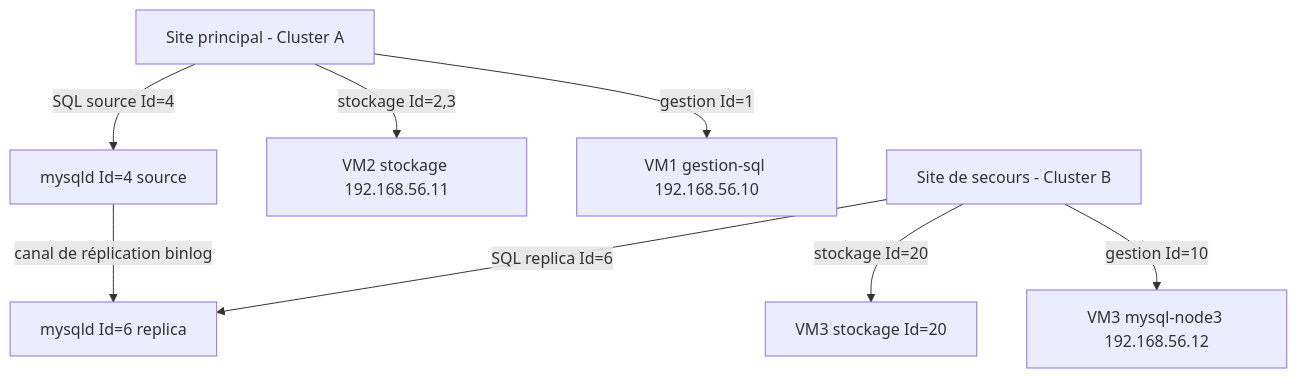
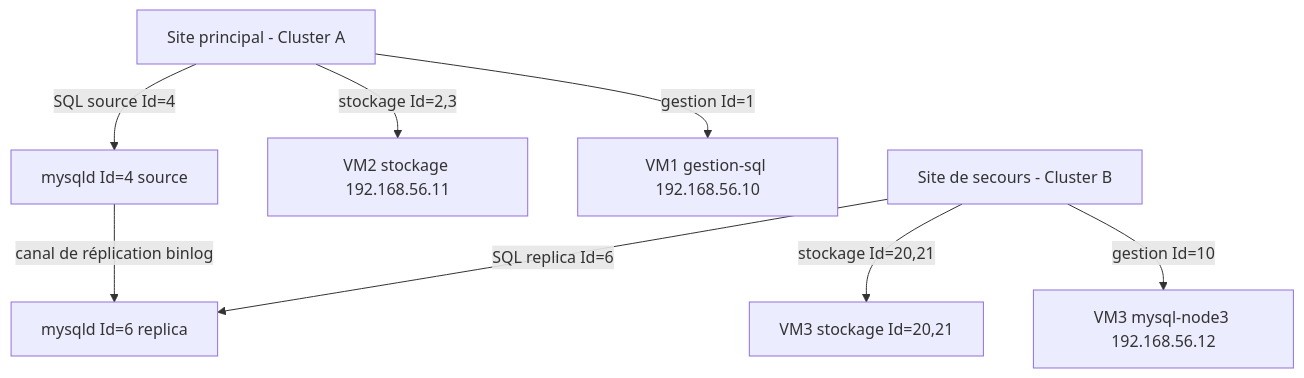
Before and after one commit to yugmerabtene/mysql-public: the third of 4 diagrams in chapitre-04.md, drawn with Mermaid. The commit also changed other lines of this file and 5 other files, not shown here.

````diff
--- a/chapitre-04.md
+++ b/chapitre-04.md
@@ -702,12 +702,12 @@
 ```mermaid
 graph TD
     SA["Site principal - Cluster A"]
     SA -->|gestion Id=1| G1["VM1 gestion-sql 192.168.56.10"]
     SA -->|stockage Id=2,3| S1["VM2 stockage 192.168.56.11"]
     SA -->|SQL source Id=4| SQL1["mysqld Id=4 source"]
     SB["Site de secours - Cluster B"]
     SB -->|gestion Id=10| G2["VM3 mysql-node3 192.168.56.12"]
-    SB -->|stockage Id=20| S2["VM3 stockage Id=20"]
+    SB -->|stockage Id=20,21| S2["VM3 stockage Id=20,21"]
     SB -->|SQL replica Id=6| SQL2["mysqld Id=6 replica"]
     SQL1 -->|canal de réplication binlog| SQL2
 ```
````
